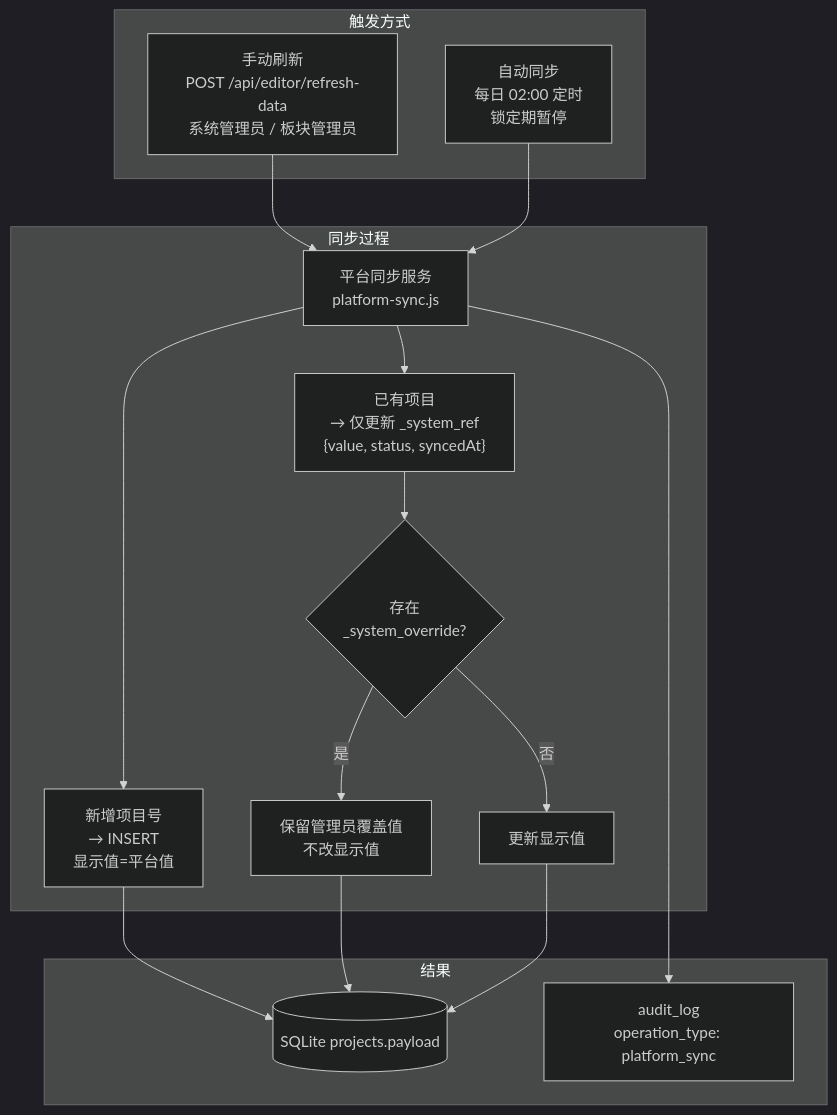
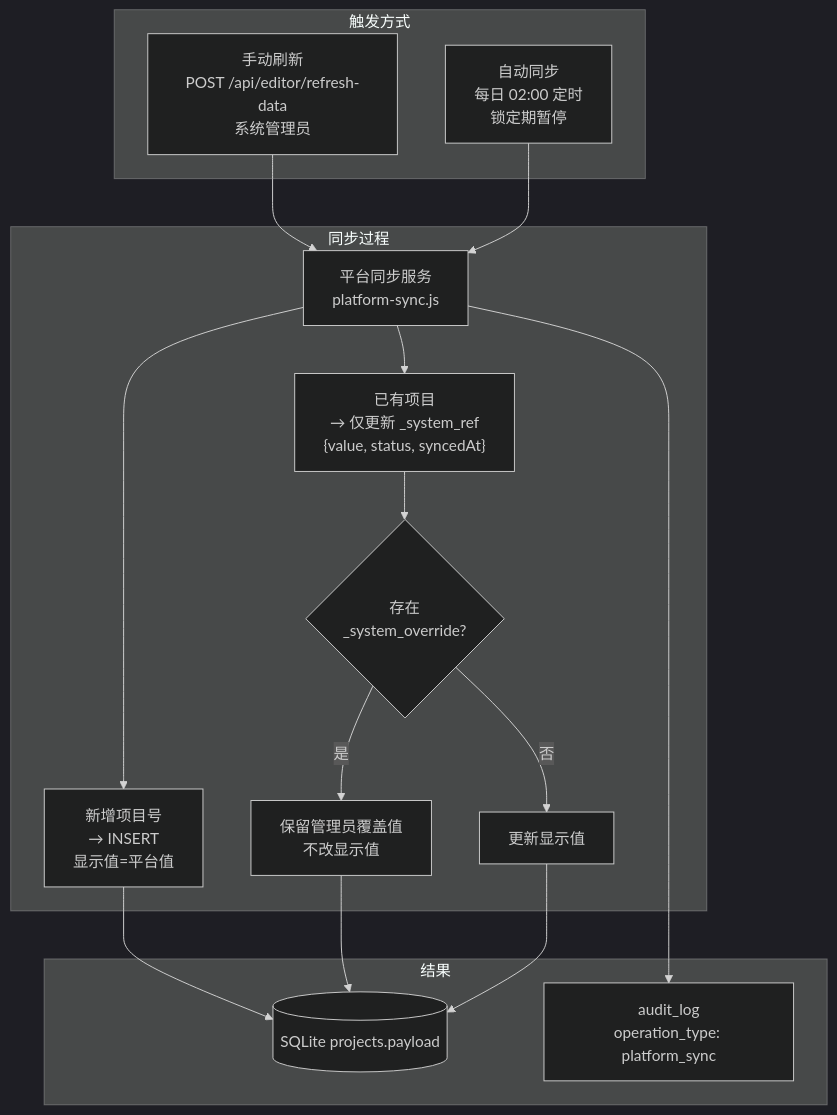
One commit to marcelxu0272/202605_project-tracking-table changed the fourth of 15 diagrams in docs/需求文档/需求文档_开发版.md. Above: the diagram before and after it, drawn with Mermaid (dark theme). The commit also changed other lines of this file and 8 other files, not shown here.

````diff
--- a/docs/需求文档/需求文档_开发版.md
+++ b/docs/需求文档/需求文档_开发版.md
@@ -330,33 +335,33 @@
 ```mermaid
 flowchart TD
     subgraph 触发方式
-        MANUAL["手动刷新<br/>POST /api/editor/refresh-data<br/>系统管理员 / 板块管理员"]
+        MANUAL["手动刷新<br/>POST /api/editor/refresh-data<br/>系统管理员"]
         AUTO["自动同步<br/>每日 02:00 定时<br/>锁定期暂停"]
     end
 
     subgraph 同步过程
         SYNC["平台同步服务<br/>platform-sync.js"]
         NEW["新增项目号<br/>→ INSERT<br/>显示值=平台值"]
         REF["已有项目<br/>→ 仅更新 _system_ref<br/>{value, status, syncedAt}"]
         OVERRIDE{"存在<br/>_system_override?"}
         KEEP["保留管理员覆盖值<br/>不改显示值"]
         UPDATE["更新显示值"]
     end
 
     subgraph 结果
         DB[("SQLite projects.payload")]
         AUDIT_LOG["audit_log<br/>operation_type: platform_sync"]
     end
 
     MANUAL --> SYNC
     AUTO --> SYNC
     SYNC --> NEW
     SYNC --> REF
     REF --> OVERRIDE
     OVERRIDE -->|是| KEEP
     OVERRIDE -->|否| UPDATE
     NEW --> DB
     KEEP --> DB
     UPDATE --> DB
     SYNC --> AUDIT_LOG
 ```
````
